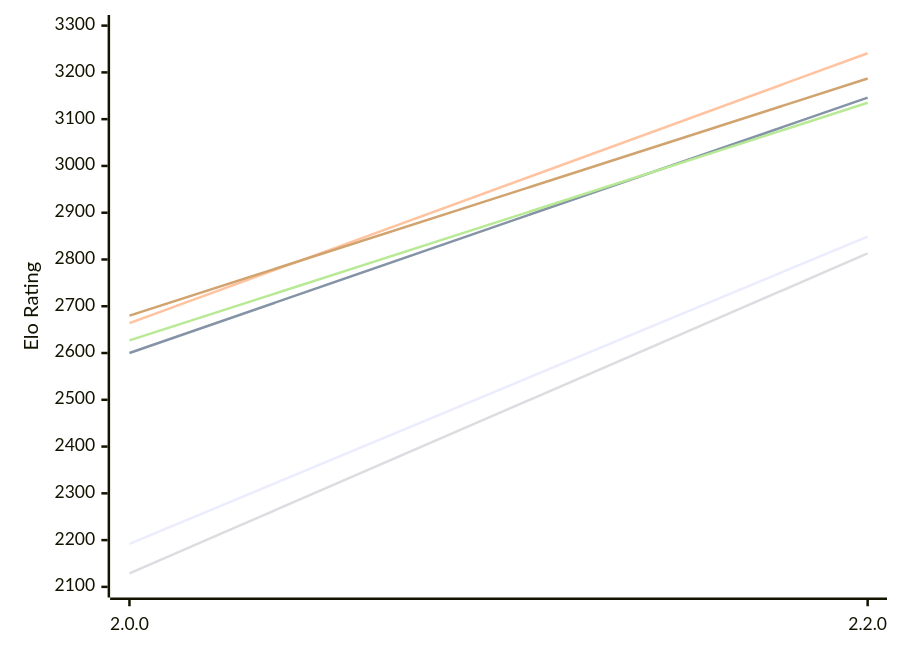
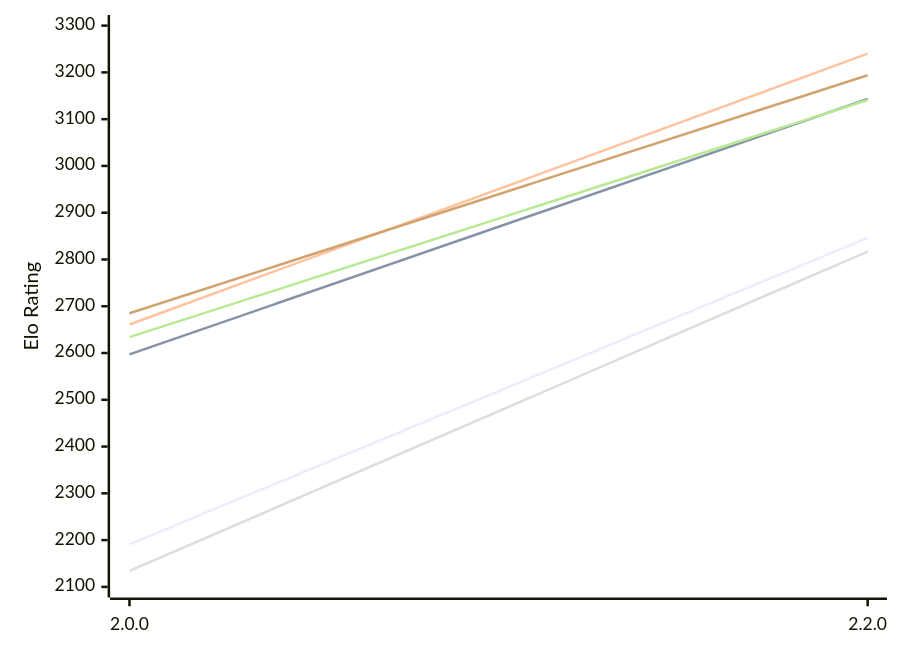
Before and after one commit to computer-chess-index/cci: the first of 2 diagrams in engines/SoloEngine.md, drawn with Mermaid. The commit also changed other lines of this file, not shown here.

Commit message:
Update CCI Ratings (ELO VLTC) - 2026-11-23

````diff
--- a/engines/SoloEngine.md
+++ b/engines/SoloEngine.md
@@ -55,12 +55,12 @@
 ```mermaid
 %%{init: {"theme":"base","themeVariables":{"seriesColors:['#a3a3a3','#222221','#faa371']}}}%%
 xychart-beta
   x-axis ["2.0.0", "2.2.0"]
   y-axis "Elo Rating" 2100 --> 3300
-  line "E1: STC (8.0+0.08s)" [2192, 2849]
-  line "E1: LTC (60.0+0.60s)" [2600, 3146]
-  line "E1: VLTC (2m24s+1.12s)" [2664, 3241]
-  line "P1: STC (8.0+0.08s)" [2129, 2813]
-  line "P1: LTC (60.0+0.60s)" [2627, 3135]
-  line "P1: VLTC (2m24s+1.12s)" [2680, 3187]
+  line "E1: STC (8.0+0.08s)" [2191, 2846]
+  line "E1: LTC (60.0+0.60s)" [2597, 3143]
+  line "E1: VLTC (2m24s+1.12s)" [2661, 3240]
+  line "P1: STC (8.0+0.08s)" [2134, 2817]
+  line "P1: LTC (60.0+0.60s)" [2634, 3141]
+  line "P1: VLTC (2m24s+1.12s)" [2685, 3194]
 ```
````
